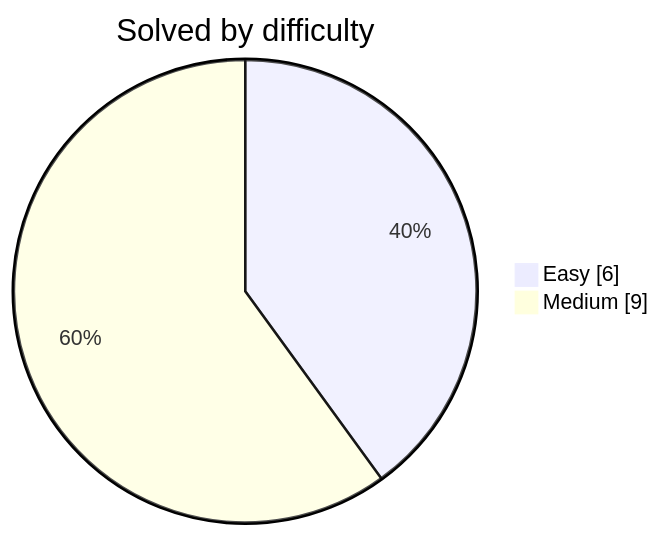
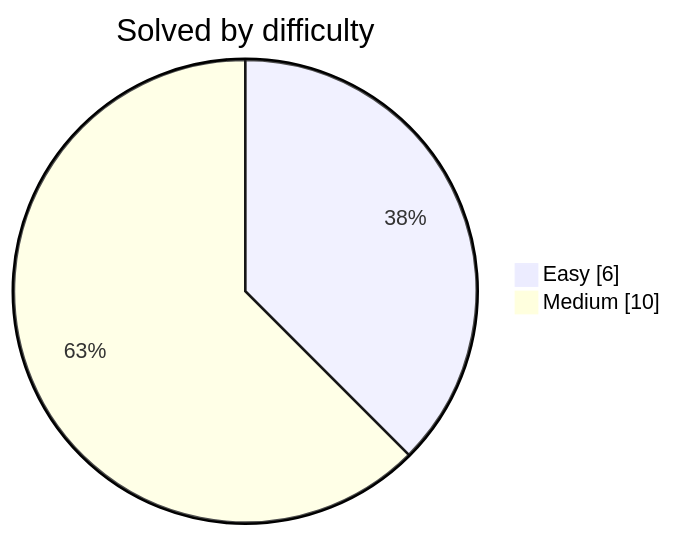
Before and after one commit to DwijeshD/leetcode-solutions: the diagram in README.md, drawn with Mermaid. The commit also changed other lines of this file and 2 other files, not shown here.

````diff
--- a/README.md
+++ b/README.md
@@ -31,6 +31,6 @@
 ```mermaid
 pie showData
     title Solved by difficulty
     "Easy" : 6
-    "Medium" : 9
+    "Medium" : 10
 ```
````
